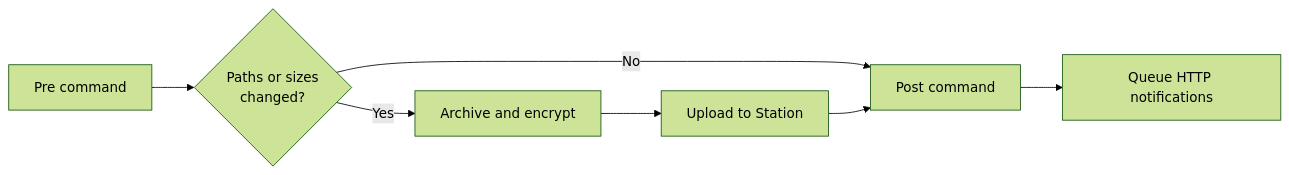
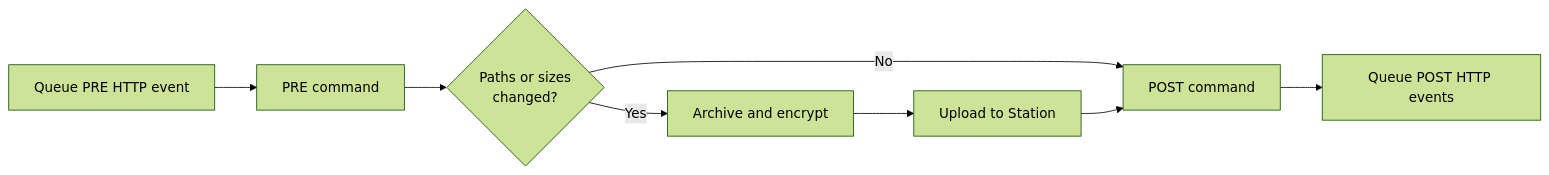
The diagram in docs/scout/hooks.mdx (thesteau/3to1go), drawn with Mermaid (forest theme) before and after one commit. The commit also changed other lines of this file and 40 other files, not shown here.

````diff
--- a/docs/scout/hooks.mdx
+++ b/docs/scout/hooks.mdx
@@ -8,7 +8,7 @@
 ```mermaid
 flowchart LR
-    PRE[Pre command] --> F{Paths or sizes<br/>changed?}
-    F -->|No| POST[Post command]
+    NPRE[Queue PRE HTTP event] --> PRE[PRE command] --> F{Paths or sizes<br/>changed?}
+    F -->|No| POST[POST command]
     F -->|Yes| A[Archive and encrypt] --> U[Upload to Station] --> POST
-    POST --> N[Queue HTTP notifications]
+    POST --> N[Queue POST HTTP events]
 ```
````
